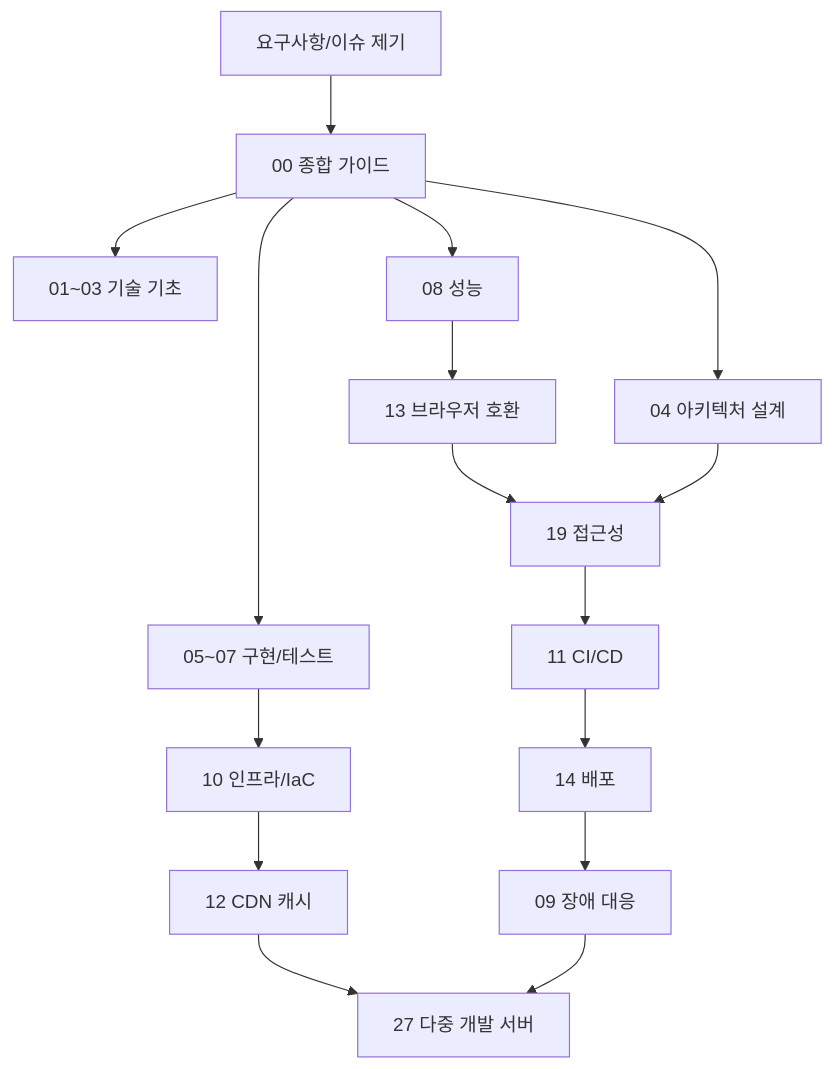
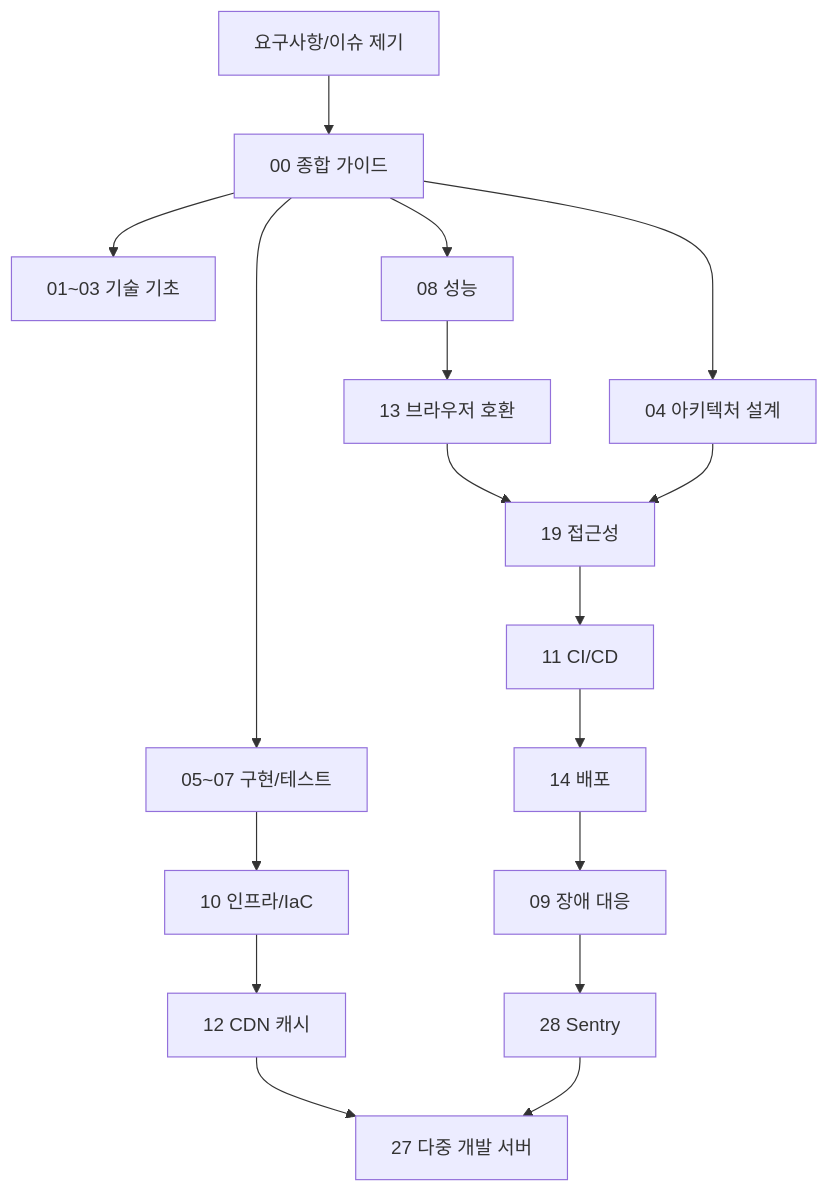
Before and after one commit to blue45f/heejun: the fifth of 9 diagrams in public/개발가이드/00_종합_가이드_목차.md, drawn with Mermaid. The commit also changed other lines of this file and 6 other files, not shown here.

````diff
--- a/public/개발가이드/00_종합_가이드_목차.md
+++ b/public/개발가이드/00_종합_가이드_목차.md
@@ -273,20 +274,21 @@
 ```mermaid
 flowchart TD
   A["요구사항/이슈 제기"]
   B["00 종합 가이드"]
   A --> B
   B --> C["01~03 기술 기초"]
   B --> D["04 아키텍처 설계"]
   B --> E["05~07 구현/테스트"]
   B --> F["08 성능"]
   F --> G["13 브라우저 호환"]
   G --> H["19 접근성"]
   D --> H
   H --> I["11 CI/CD"]
   I --> J["14 배포"]
   J --> K["09 장애 대응"]
   E --> L["10 인프라/IaC"]
   L --> M["12 CDN 캐시"]
   M --> N["27 다중 개발 서버"]
-  K --> N
+  K --> O["28 Sentry"]
+  O --> N
 ```
````
